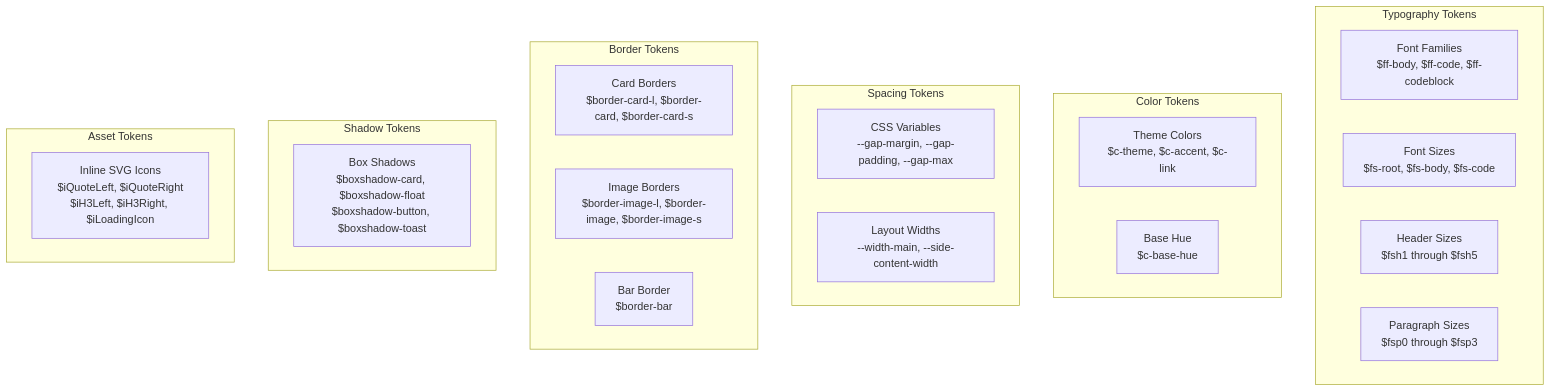
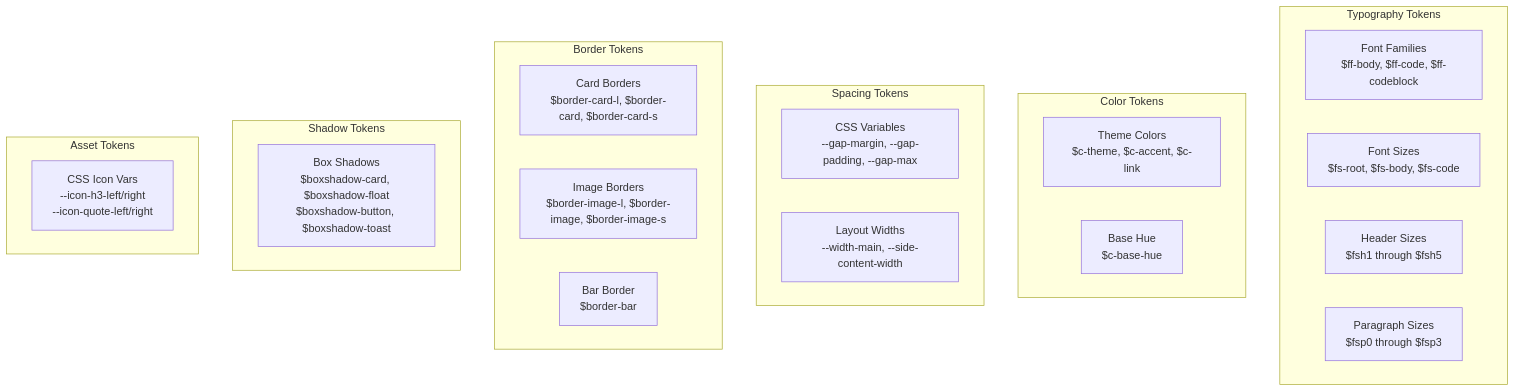
One commit to penndu/hexo changed the third of 10 diagrams in themes/stellar/docs/knowledge/01-样式系统/styling-overview.md. Above: the diagram before and after it, drawn with Mermaid. The commit also changed 112 other files, not shown here.

````diff
--- a/themes/stellar/docs/knowledge/01-样式系统/styling-overview.md
+++ b/themes/stellar/docs/knowledge/01-样式系统/styling-overview.md
@@ -152,33 +152,33 @@
 ```mermaid
 graph TB
     subgraph "Typography Tokens"
         FF["Font Families<br/>$ff-body, $ff-code, $ff-codeblock"]
         FS["Font Sizes<br/>$fs-root, $fs-body, $fs-code"]
         FSH["Header Sizes<br/>$fsh1 through $fsh5"]
         FSP["Paragraph Sizes<br/>$fsp0 through $fsp3"]
     end
     
     subgraph "Color Tokens"
         THEME["Theme Colors<br/>$c-theme, $c-accent, $c-link"]
         BASE["Base Hue<br/>$c-base-hue"]
     end
     
     subgraph "Spacing Tokens"
         CUSTOM_PROPS["CSS Variables<br/>--gap-margin, --gap-padding, --gap-max"]
         WIDTHS["Layout Widths<br/>--width-main, --side-content-width"]
     end
     
     subgraph "Border Tokens"
         CARD["Card Borders<br/>$border-card-l, $border-card, $border-card-s"]
         IMAGE["Image Borders<br/>$border-image-l, $border-image, $border-image-s"]
         BAR["Bar Border<br/>$border-bar"]
     end
     
     subgraph "Shadow Tokens"
         SHADOWS["Box Shadows<br/>$boxshadow-card, $boxshadow-float<br/>$boxshadow-button, $boxshadow-toast"]
     end
     
     subgraph "Asset Tokens"
-        SVG["Inline SVG Icons<br/>$iQuoteLeft, $iQuoteRight<br/>$iH3Left, $iH3Right, $iLoadingIcon"]
+        SVG["CSS Icon Vars<br/>--icon-h3-left/right<br/>--icon-quote-left/right"]
     end
 ```
````
